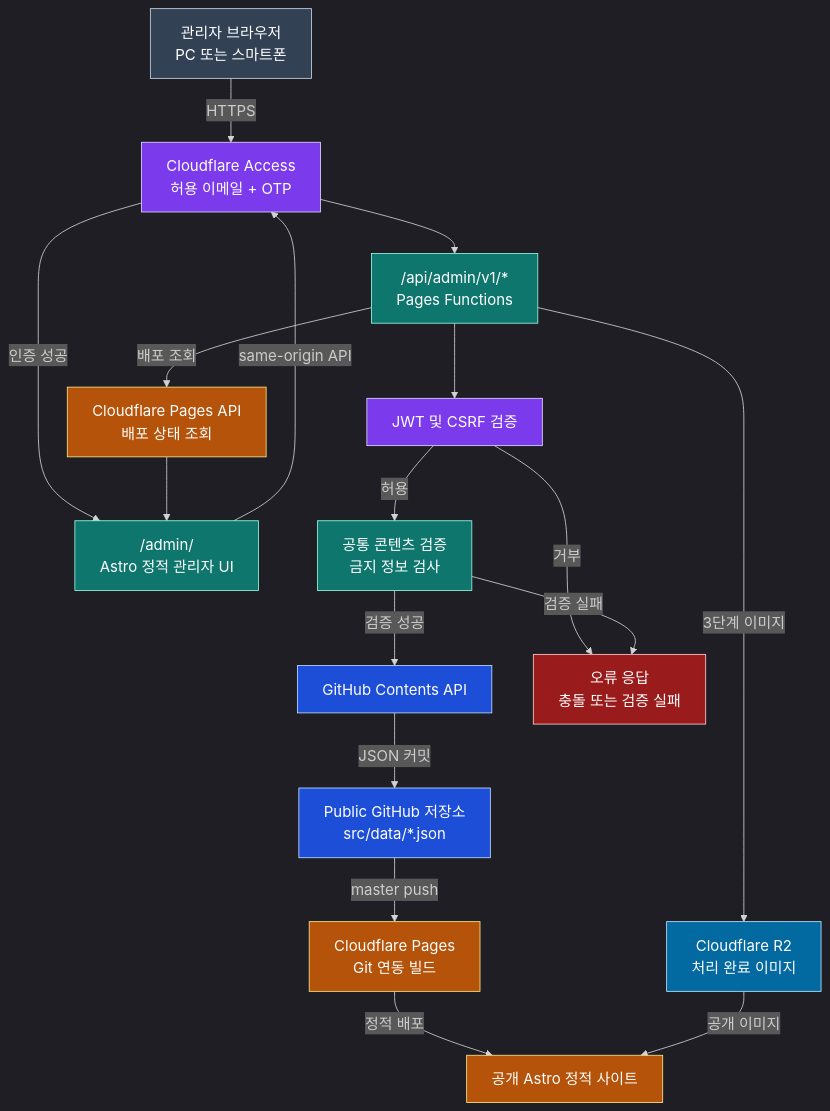
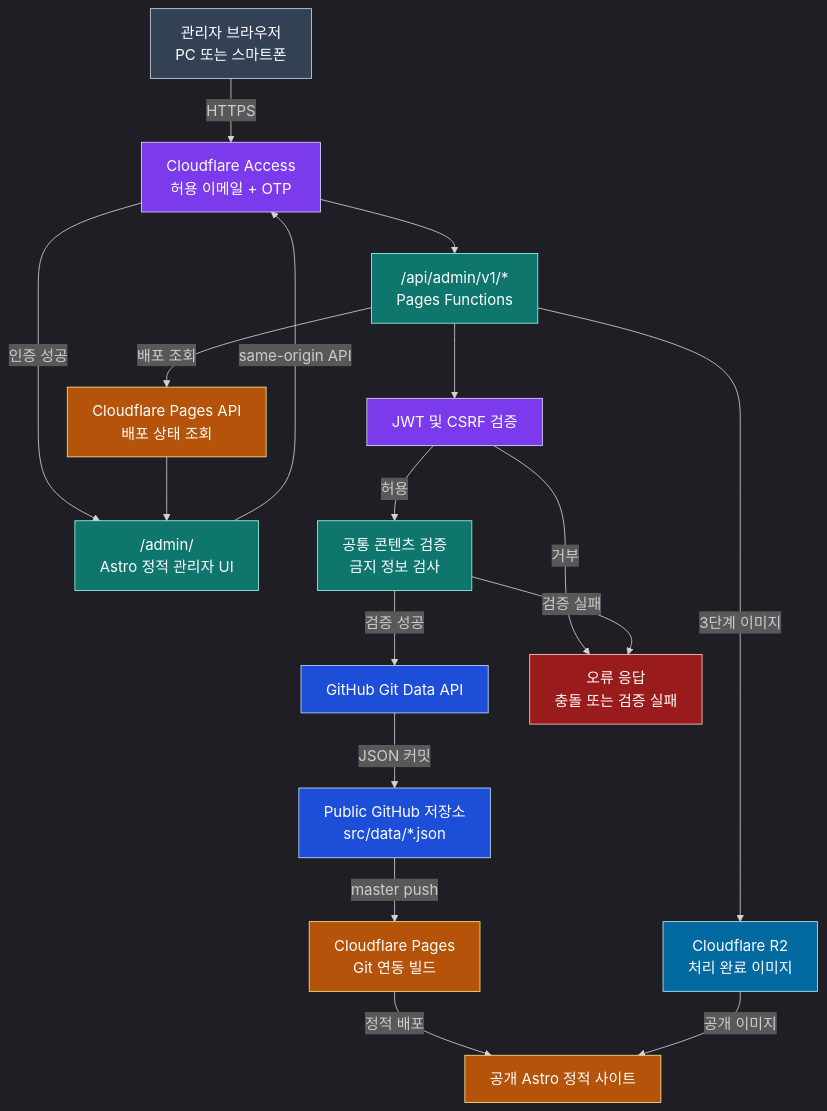
One commit to myoungsuk/real-estate-website changed the first of 7 diagrams in docs/리더스시티 행복한부동산 관리자시스템 설계서.md. Above: the diagram before and after it, drawn with Mermaid. The commit also changed other lines of this file and 12 other files, not shown here.

````diff
--- a/docs/리더스시티 행복한부동산 관리자시스템 설계서.md
+++ b/docs/리더스시티 행복한부동산 관리자시스템 설계서.md
@@ -703,50 +703,50 @@
 ```mermaid
 %%{init: {"theme":"dark","themeVariables":{"fontSize":"18px"}}}%%
 flowchart TD
     ADMIN["관리자 브라우저<br/>PC 또는 스마트폰"]
     ACCESS["Cloudflare Access<br/>허용 이메일 + OTP"]
     ADMINUI["/admin/<br/>Astro 정적 관리자 UI"]
     ADMINAPI["/api/admin/v1/*<br/>Pages Functions"]
     AUTH["JWT 및 CSRF 검증"]
     VALIDATE["공통 콘텐츠 검증<br/>금지 정보 검사"]
-    GITHUB["GitHub Contents API"]
+    GITHUB["GitHub Git Data API"]
     REPO["Public GitHub 저장소<br/>src/data/*.json"]
     PAGES["Cloudflare Pages<br/>Git 연동 빌드"]
     PUBLIC["공개 Astro 정적 사이트"]
     STATUS["Cloudflare Pages API<br/>배포 상태 조회"]
     R2["Cloudflare R2<br/>처리 완료 이미지"]
     ERROR["오류 응답<br/>충돌 또는 검증 실패"]
 
     ADMIN -->|"HTTPS"| ACCESS
     ACCESS -->|"인증 성공"| ADMINUI
     ADMINUI -->|"same-origin API"| ACCESS
     ACCESS --> ADMINAPI
     ADMINAPI --> AUTH
     AUTH -->|"허용"| VALIDATE
     AUTH -->|"거부"| ERROR
     VALIDATE -->|"검증 성공"| GITHUB
     VALIDATE -->|"검증 실패"| ERROR
     GITHUB -->|"JSON 커밋"| REPO
     REPO -->|"master push"| PAGES
     PAGES -->|"정적 배포"| PUBLIC
     ADMINAPI -->|"배포 조회"| STATUS
     STATUS --> ADMINUI
     ADMINAPI -->|"3단계 이미지"| R2
     R2 -->|"공개 이미지"| PUBLIC
 
     classDef user fill:#334155,stroke:#cbd5e1,color:#ffffff
     classDef auth fill:#7c3aed,stroke:#ddd6fe,color:#ffffff
     classDef control fill:#0f766e,stroke:#99f6e4,color:#ffffff
     classDef repo fill:#1d4ed8,stroke:#bfdbfe,color:#ffffff
     classDef deploy fill:#b45309,stroke:#fde68a,color:#ffffff
     classDef storage fill:#0369a1,stroke:#bae6fd,color:#ffffff
     classDef error fill:#991b1b,stroke:#fecaca,color:#ffffff
 
     class ADMIN user
     class ACCESS,AUTH auth
     class ADMINUI,ADMINAPI,VALIDATE control
     class GITHUB,REPO repo
     class PAGES,PUBLIC,STATUS deploy
     class R2 storage
     class ERROR error
 ```
````
